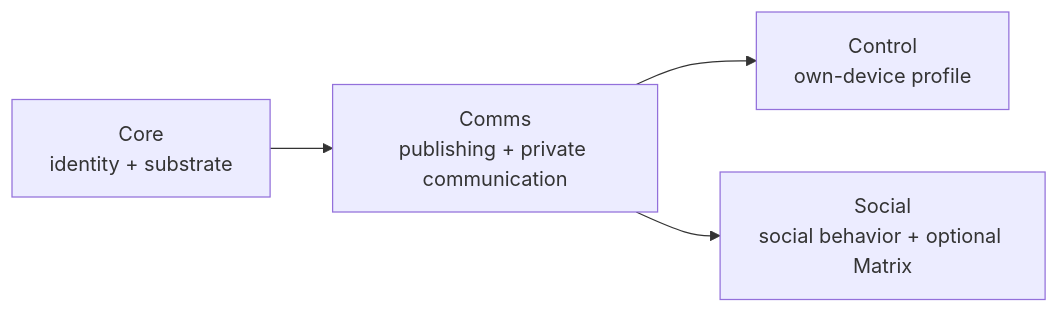
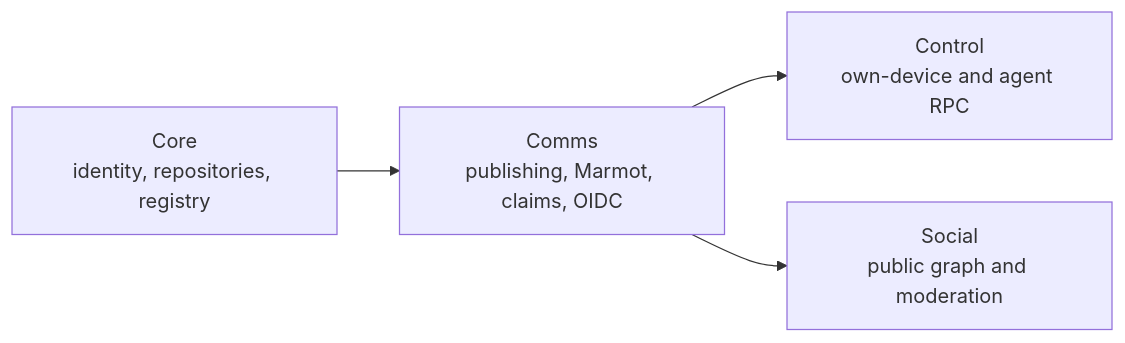
The first of 3 diagrams in docs/architecture.md (HeterodyneNetwork/HeterodyneProtocol), drawn with Mermaid before and after one commit. The commit also changed other lines of this file and 121 other files, not shown here.

````diff
--- a/docs/architecture.md
+++ b/docs/architecture.md
@@ -29,10 +18,10 @@
 ```mermaid
 flowchart LR
-  Core[Core<br/>identity + substrate]
-  Comms[Comms<br/>publishing + private communication]
-  Control[Control<br/>own-device profile]
-  Social[Social<br/>social behavior + optional Matrix]
-  Core --> Comms
-  Comms --> Control
-  Comms --> Social
+    Core[Core<br/>identity, repositories, registry]
+    Comms[Comms<br/>publishing, Marmot, claims, OIDC]
+    Control[Control<br/>own-device and agent RPC]
+    Social[Social<br/>public graph and moderation]
+    Core --> Comms
+    Comms --> Control
+    Comms --> Social
 ```
````
